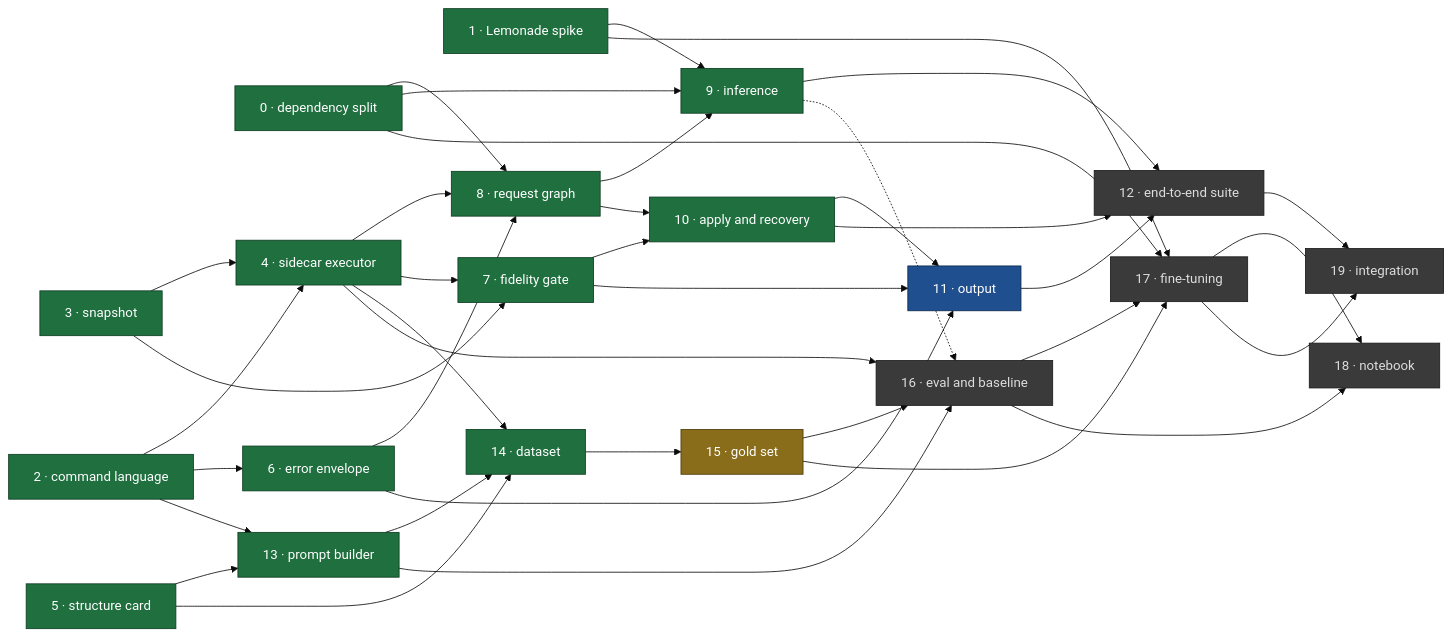
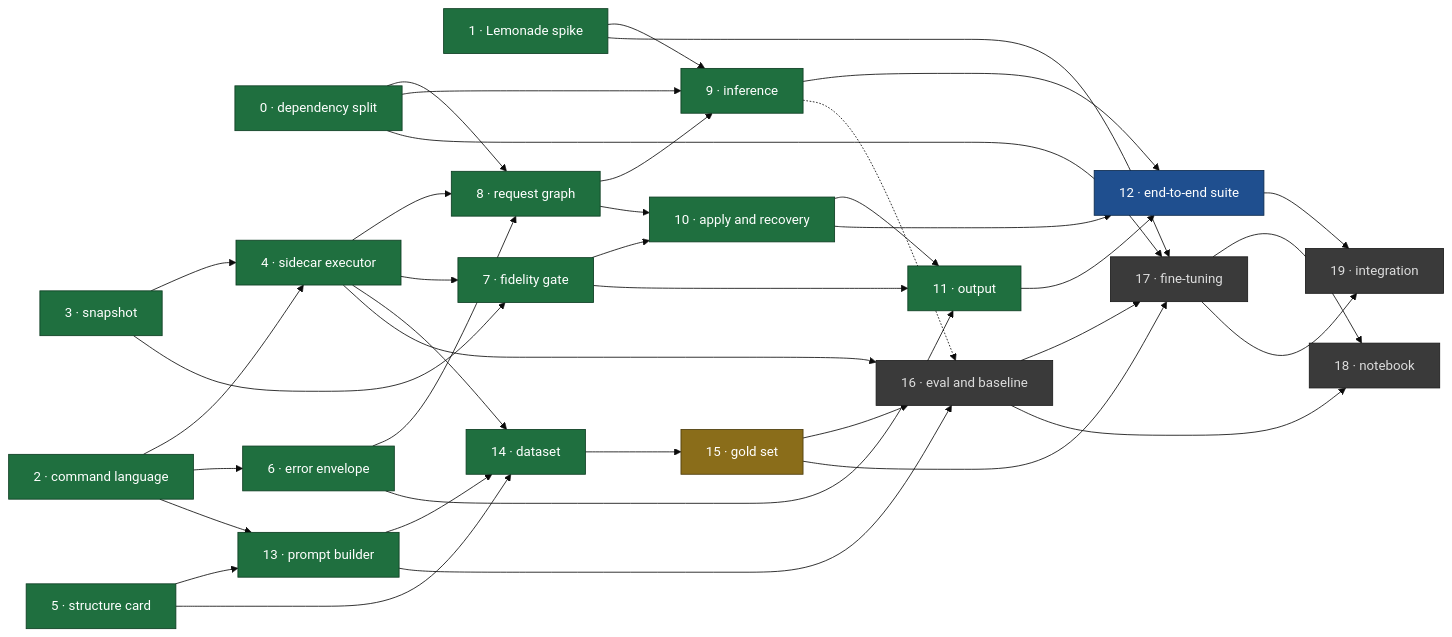
The diagram in docs/master_plan.md (urban233/pymol-copilot), drawn with Mermaid (base theme) before and after one commit. The commit also changed other lines of this file, not shown here.

Commit message:
fix(docs): update state and dependency graph for output and diagnostics completion

````diff
--- a/docs/master_plan.md
+++ b/docs/master_plan.md
@@ -112,67 +112,67 @@
 ```mermaid
 flowchart LR
   classDef done fill:#1f6f3f,stroke:#0d3d22,color:#fff
   classDef review fill:#8a6d1a,stroke:#4d3c0c,color:#fff
   classDef ready fill:#1f4f8f,stroke:#0d2a4d,color:#fff
   classDef progress fill:#6a3d9a,stroke:#3a1f57,color:#fff
   classDef blocked fill:#3a3a3a,stroke:#1a1a1a,color:#ddd
 
   I0["0 · dependency split"]:::done
   I1["1 · Lemonade spike"]:::done
   I2["2 · command language"]:::done
   I3["3 · snapshot"]:::done
   I4["4 · sidecar executor"]:::done
   I5["5 · structure card"]:::done
   I6["6 · error envelope"]:::done
   I7["7 · fidelity gate"]:::done
   I8["8 · request graph"]:::done
   I9["9 · inference"]:::done
   I10["10 · apply and recovery"]:::done
-  I11["11 · output"]:::ready
-  I12["12 · end-to-end suite"]:::blocked
+  I11["11 · output"]:::done
+  I12["12 · end-to-end suite"]:::ready
   I13["13 · prompt builder"]:::done
   I14["14 · dataset"]:::done
   I15["15 · gold set"]:::review
   I16["16 · eval and baseline"]:::blocked
   I17["17 · fine-tuning"]:::blocked
   I18["18 · notebook"]:::blocked
   I19["19 · integration"]:::blocked
 
   I2 --> I4
   I3 --> I4
   I2 --> I6
   I0 --> I8
   I4 --> I8
   I6 --> I8
   I3 --> I7
   I4 --> I7
   I0 --> I9
   I1 --> I9
   I8 --> I9
   I7 --> I10
   I8 --> I10
   I6 --> I11
   I7 --> I11
   I10 --> I11
   I9 --> I12
   I10 --> I12
   I11 --> I12
   I2 --> I13
   I5 --> I13
   I4 --> I14
   I5 --> I14
   I13 --> I14
   I14 --> I15
   I15 --> I16
   I13 --> I16
   I4 --> I16
   I9 -.-> I16
   I1 --> I17
   I0 --> I17
   I15 --> I17
   I16 --> I17
   I16 --> I18
   I17 --> I18
   I12 --> I19
   I17 --> I19
 ```
````
